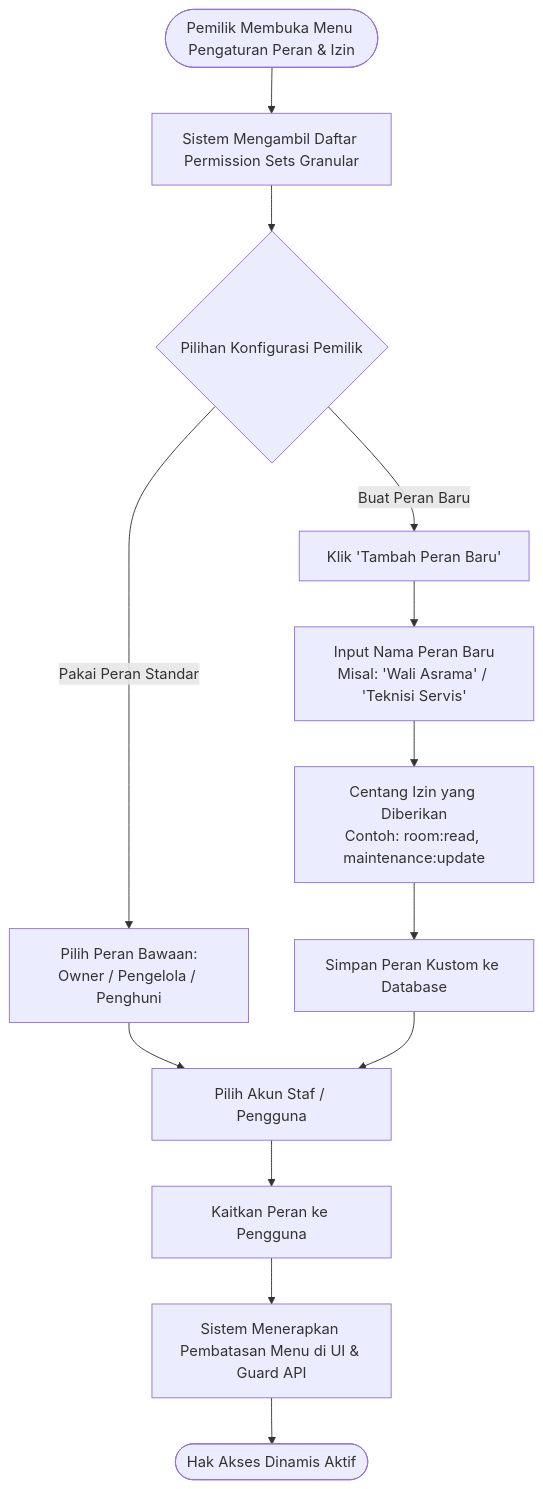
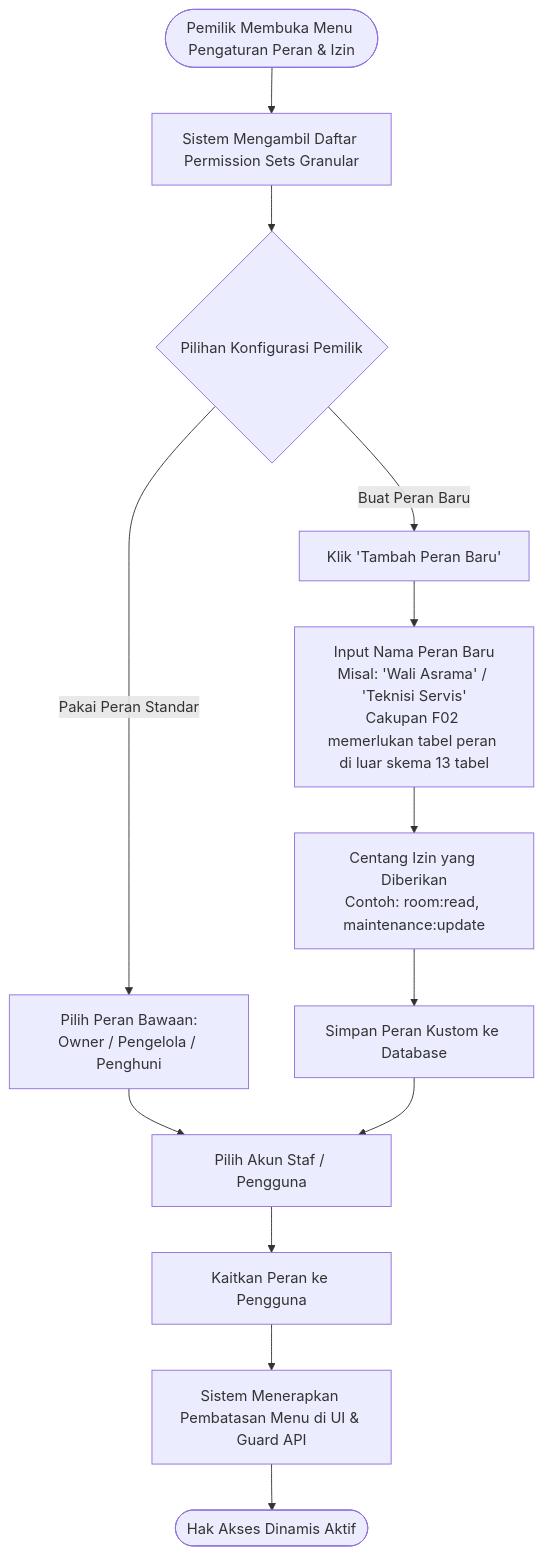
Before and after one commit to ALFIAN-code/management-kost: the diagram in PA/docs/System design/02-BPMN/07_pengaturan_hak_akses_dinamis/alur_hak_akses_dinamis.mmd, drawn with Mermaid. The commit also changed 221 other files, not shown here.

```diff
--- a/PA/docs/System design/02-BPMN/07_pengaturan_hak_akses_dinamis/alur_hak_akses_dinamis.mmd
+++ b/PA/docs/System design/02-BPMN/07_pengaturan_hak_akses_dinamis/alur_hak_akses_dinamis.mmd
@@ -1,17 +1,17 @@
 flowchart TD
     Start([Pemilik Membuka Menu Pengaturan Peran & Izin]) --> FetchPerm[Sistem Mengambil Daftar Permission Sets Granular]
     FetchPerm --> Choice{Pilihan Konfigurasi Pemilik}
 
     Choice -->|Pakai Peran Standar| DefaultRole[Pilih Peran Bawaan:\nOwner / Pengelola / Penghuni]
     Choice -->|Buat Peran Baru| NewRoleForm[Klik 'Tambah Peran Baru']
 
-    NewRoleForm --> InputName[Input Nama Peran Baru\nMisal: 'Wali Asrama' / 'Teknisi Servis']
+    NewRoleForm --> InputName[Input Nama Peran Baru\nMisal: 'Wali Asrama' / 'Teknisi Servis'\nCakupan F02 memerlukan tabel peran di luar skema 13 tabel]
     InputName --> ChecklistPerm[Centang Izin yang Diberikan\nContoh: room:read, maintenance:update]
     ChecklistPerm --> SaveRole[Simpan Peran Kustom ke Database]
 
     DefaultRole --> AssignUser[Pilih Akun Staf / Pengguna]
     SaveRole --> AssignUser
 
     AssignUser --> LinkRole[Kaitkan Peran ke Pengguna]
     LinkRole --> EnforceAPI[Sistem Menerapkan Pembatasan Menu di UI & Guard API]
     EnforceAPI --> End([Hak Akses Dinamis Aktif])
```
